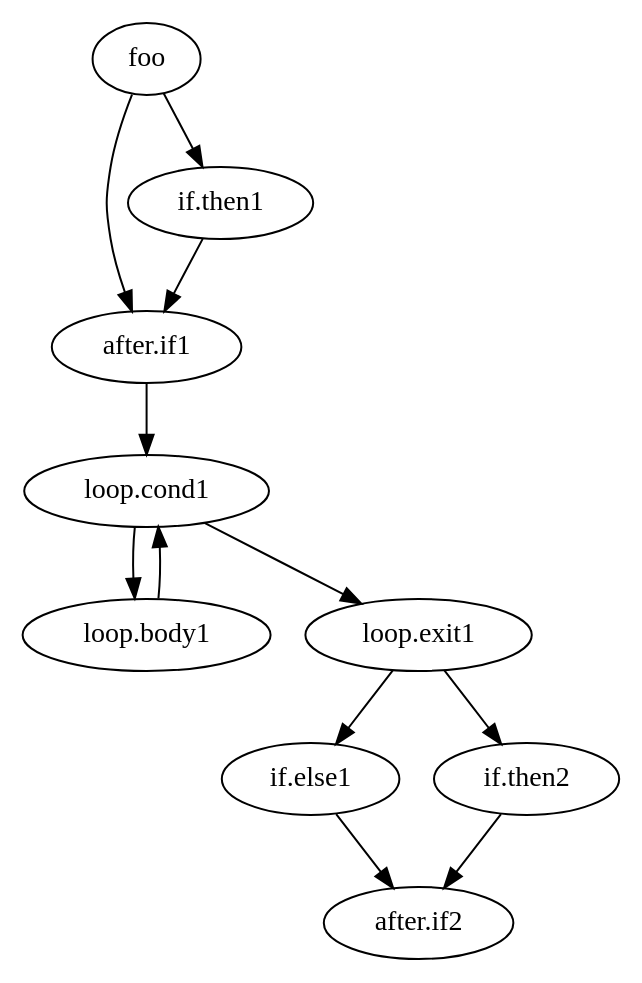
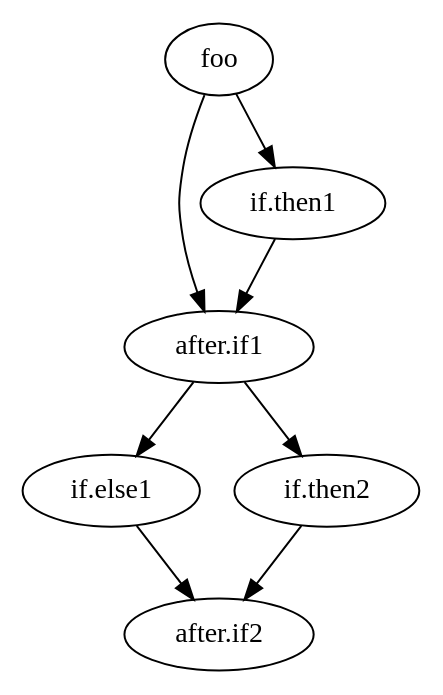
The diagram in program.dot (lisova-io/peng), drawn with Graphviz before and after one commit. The commit also changed 7 other files, not shown here.

```diff
--- a/program.dot
+++ b/program.dot
@@ -1,14 +1,10 @@
 digraph program {
     "if.else1" -> "after.if2"
     "if.then2" -> "after.if2"
-    "loop.exit1" -> "if.else1"
-    "loop.exit1" -> "if.then2"
-    "loop.body1" -> "loop.cond1"
-    "loop.cond1" -> "loop.exit1"
-    "loop.cond1" -> "loop.body1"
-    "after.if1" -> "loop.cond1"
+    "after.if1" -> "if.else1"
+    "after.if1" -> "if.then2"
     "if.then1" -> "after.if1"
     "foo" -> "after.if1"
     "foo" -> "if.then1"
     
 }
```
